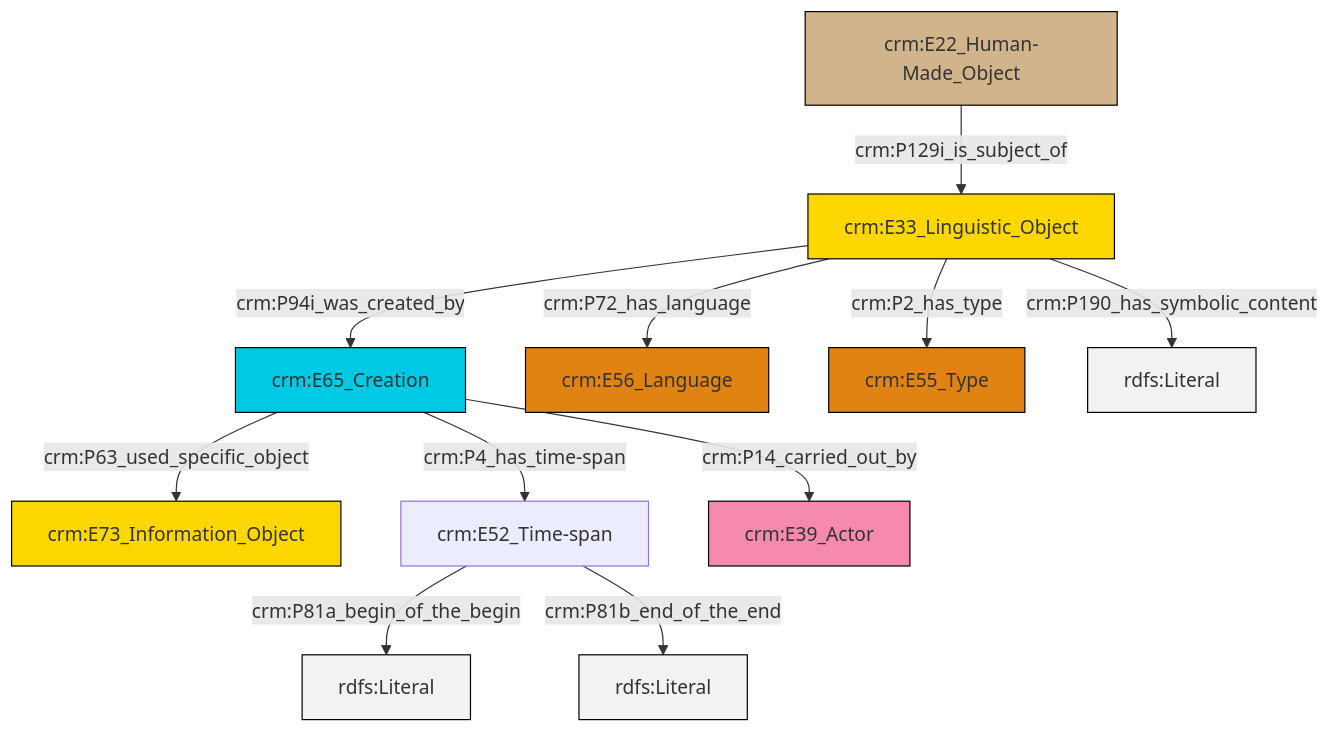
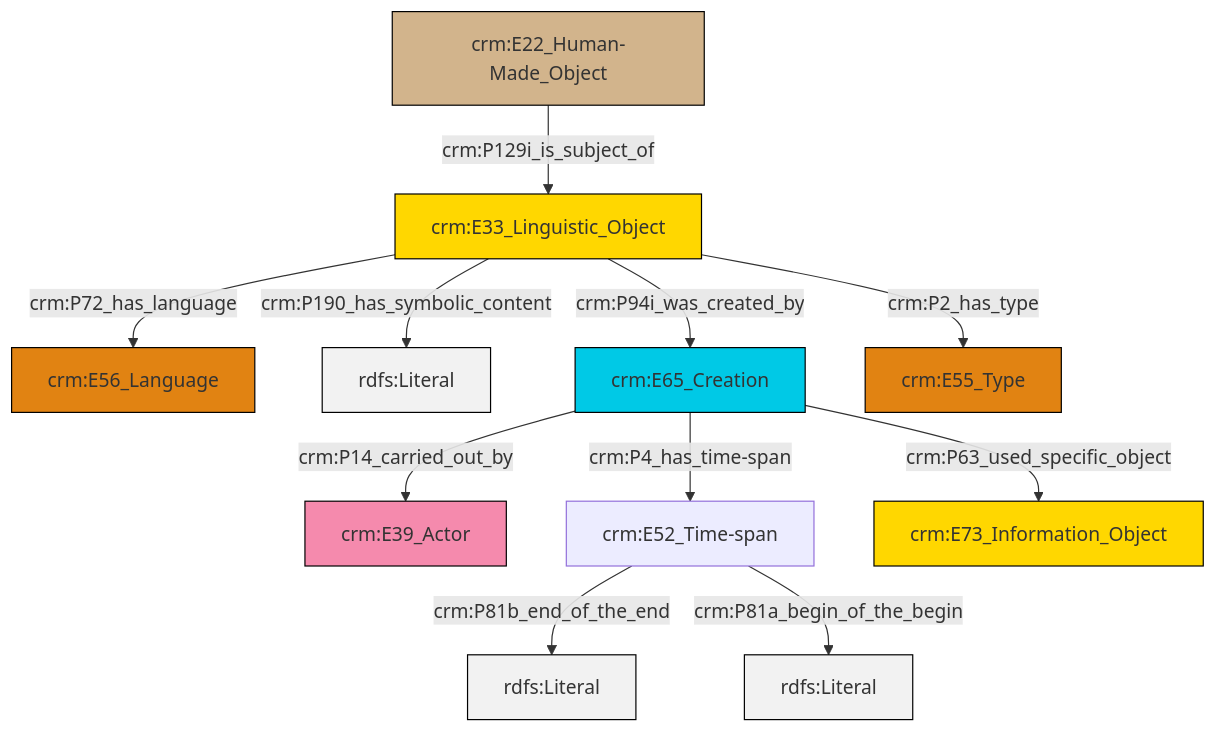
The diagram in et/carrierCSV/ttl/mmd/carrier_description.ttl.mmd (swiss-art-research-net/docs.swissartresearch), drawn with Mermaid before and after one commit. The commit also changed 178 other files, not shown here.

```diff
--- a/et/carrierCSV/ttl/mmd/carrier_description.ttl.mmd
+++ b/et/carrierCSV/ttl/mmd/carrier_description.ttl.mmd
@@ -1,25 +1,25 @@
 graph TD
 classDef Literal fill:#f2f2f2,stroke:#000000;
 classDef CRM_Entity fill:#FFFFFF,stroke:#000000;
 classDef Temporal_Entity fill:#00C9E6, stroke:#000000;
 classDef Type fill:#E18312, stroke:#000000;
 classDef Time-Span fill:#2C9C91, stroke:#000000;
 classDef Appellation fill:#FFEB7F, stroke:#000000;
 classDef Place fill:#008836, stroke:#000000;
 classDef Persistent_Item fill:#B266B2, stroke:#000000;
 classDef Conceptual_Object fill:#FFD700, stroke:#000000;
 classDef Physical_Thing fill:#D2B48C, stroke:#000000;
 classDef Actor fill:#f58aad, stroke:#000000;
 classDef PC_Classes fill:#4ce600, stroke:#000000;
 classDef Multi fill:#cccccc,stroke:#000000;
 
-0["crm:E33_Linguistic_Object"]:::Conceptual_Object -->|crm:P94i_was_created_by| 1["crm:E65_Creation"]:::Temporal_Entity
-1["crm:E65_Creation"]:::Temporal_Entity -->|crm:P63_used_specific_object| 2["crm:E73_Information_Object"]:::Conceptual_Object
-0["crm:E33_Linguistic_Object"]:::Conceptual_Object -->|crm:P72_has_language| 7["crm:E56_Language"]:::Type
-8["crm:E22_Human-Made_Object"]:::Physical_Thing -->|crm:P129i_is_subject_of| 0["crm:E33_Linguistic_Object"]:::Conceptual_Object
-0["crm:E33_Linguistic_Object"]:::Conceptual_Object -->|crm:P2_has_type| 9["crm:E55_Type"]:::Type
-0["crm:E33_Linguistic_Object"]:::Conceptual_Object -->|crm:P190_has_symbolic_content| 11[rdfs:Literal]:::Literal
-1["crm:E65_Creation"]:::Temporal_Entity -->|crm:P4_has_time-span| 4["crm:E52_Time-span"]:::Default
-4["crm:E52_Time-span"]:::Default -->|crm:P81a_begin_of_the_begin| 15[rdfs:Literal]:::Literal
-4["crm:E52_Time-span"]:::Default -->|crm:P81b_end_of_the_end| 16[rdfs:Literal]:::Literal
-1["crm:E65_Creation"]:::Temporal_Entity -->|crm:P14_carried_out_by| 12["crm:E39_Actor"]:::Actor
+4["crm:E33_Linguistic_Object"]:::Conceptual_Object -->|crm:P190_has_symbolic_content| 5[rdfs:Literal]:::Literal
+4["crm:E33_Linguistic_Object"]:::Conceptual_Object -->|crm:P94i_was_created_by| 7["crm:E65_Creation"]:::Temporal_Entity
+4["crm:E33_Linguistic_Object"]:::Conceptual_Object -->|crm:P2_has_type| 8["crm:E55_Type"]:::Type
+7["crm:E65_Creation"]:::Temporal_Entity -->|crm:P4_has_time-span| 9["crm:E52_Time-span"]:::Default
+4["crm:E33_Linguistic_Object"]:::Conceptual_Object -->|crm:P72_has_language| 2["crm:E56_Language"]:::Type
+7["crm:E65_Creation"]:::Temporal_Entity -->|crm:P63_used_specific_object| 10["crm:E73_Information_Object"]:::Conceptual_Object
+9["crm:E52_Time-span"]:::Default -->|crm:P81b_end_of_the_end| 12[rdfs:Literal]:::Literal
+13["crm:E22_Human-Made_Object"]:::Physical_Thing -->|crm:P129i_is_subject_of| 4["crm:E33_Linguistic_Object"]:::Conceptual_Object
+9["crm:E52_Time-span"]:::Default -->|crm:P81a_begin_of_the_begin| 16[rdfs:Literal]:::Literal
+7["crm:E65_Creation"]:::Temporal_Entity -->|crm:P14_carried_out_by| 0["crm:E39_Actor"]:::Actor
```
